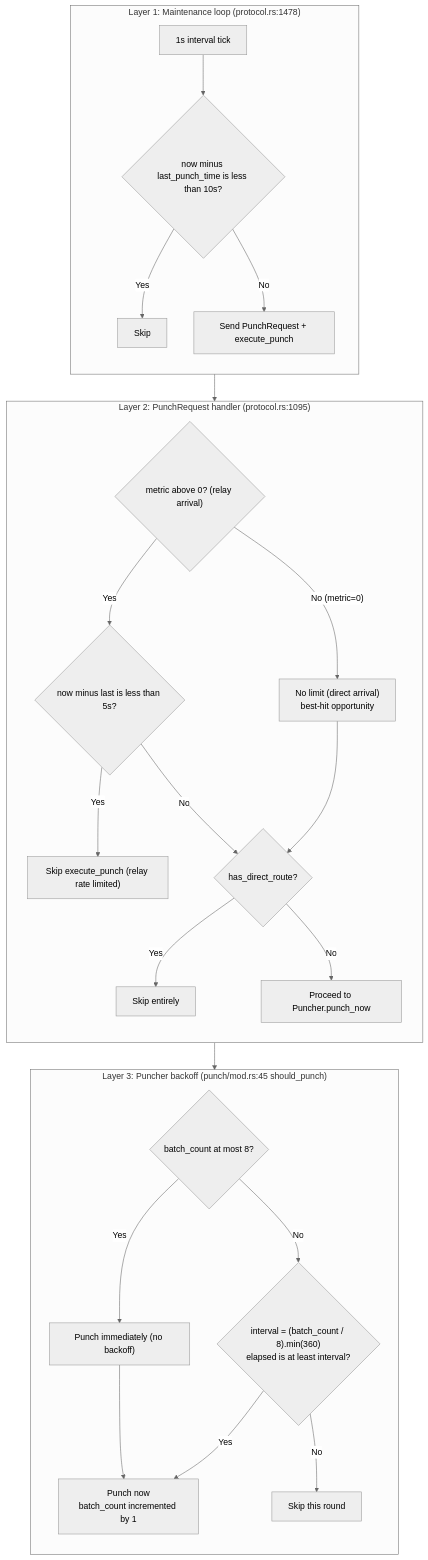
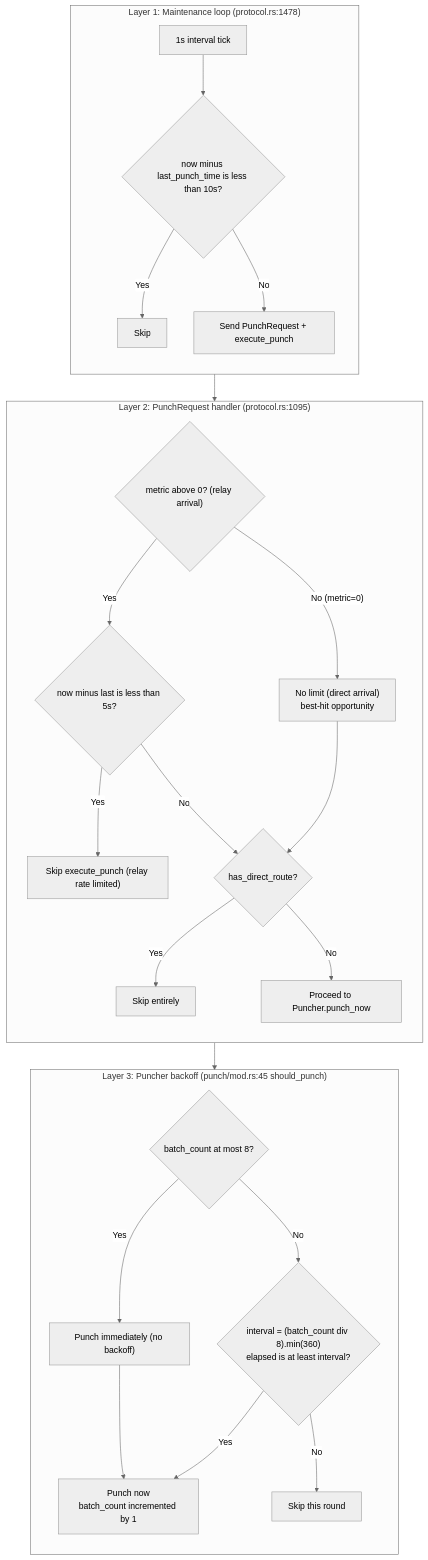
One commit to rustp2p/rustp2p changed diagram 27 of 27 in docs/nat-punch-principles.md. Above: the diagram before and after it, drawn with Mermaid (neutral theme). The commit also changed other lines of this file, not shown here.

Commit message:
docs: fix remaining mermaid rendering errors in sections 5.3, 6, and 8

````diff
--- a/docs/nat-punch-principles.md
+++ b/docs/nat-punch-principles.md
@@ -1126,48 +1130,48 @@
 ```mermaid
 flowchart TD
     subgraph L1["Layer 1: Maintenance loop (protocol.rs:1478)"]
         direction TB
         L1A["1s interval tick"]
         L1B{"now minus last_punch_time is less than 10s?"}
         L1C["Skip"]
         L1D["Send PunchRequest + execute_punch"]
         L1A --> L1B
         L1B -->|"Yes"| L1C
         L1B -->|"No"| L1D
     end
 
     subgraph L2["Layer 2: PunchRequest handler (protocol.rs:1095)"]
         direction TB
         L2A{"metric above 0? (relay arrival)"}
         L2B{"now minus last is less than 5s?"}
         L2C["Skip execute_punch (relay rate limited)"]
         L2D["No limit (direct arrival)<br/>best-hit opportunity"]
         L2E{"has_direct_route?"}
         L2F["Skip entirely"]
         L2G["Proceed to Puncher.punch_now"]
         L2A -->|"Yes"| L2B
         L2B -->|"Yes"| L2C
         L2B -->|"No"| L2E
         L2A -->|"No (metric=0)"| L2D
         L2D --> L2E
         L2E -->|"Yes"| L2F
         L2E -->|"No"| L2G
     end
 
     subgraph L3["Layer 3: Puncher backoff (punch/mod.rs:45 should_punch)"]
         direction TB
         L3A{"batch_count at most 8?"}
         L3B["Punch immediately (no backoff)"]
-        L3C{"interval = (batch_count / 8).min(360)<br/>elapsed is at least interval?"}
+        L3C{"interval = (batch_count div 8).min(360)<br/>elapsed is at least interval?"}
         L3D["Punch now<br/>batch_count incremented by 1"]
         L3E["Skip this round"]
         L3A -->|"Yes"| L3B
         L3A -->|"No"| L3C
         L3B --> L3D
         L3C -->|"Yes"| L3D
         L3C -->|"No"| L3E
     end
 
     L1D --> L2A
     L2G --> L3A
 ```
````
